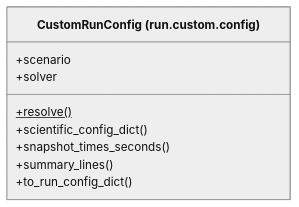
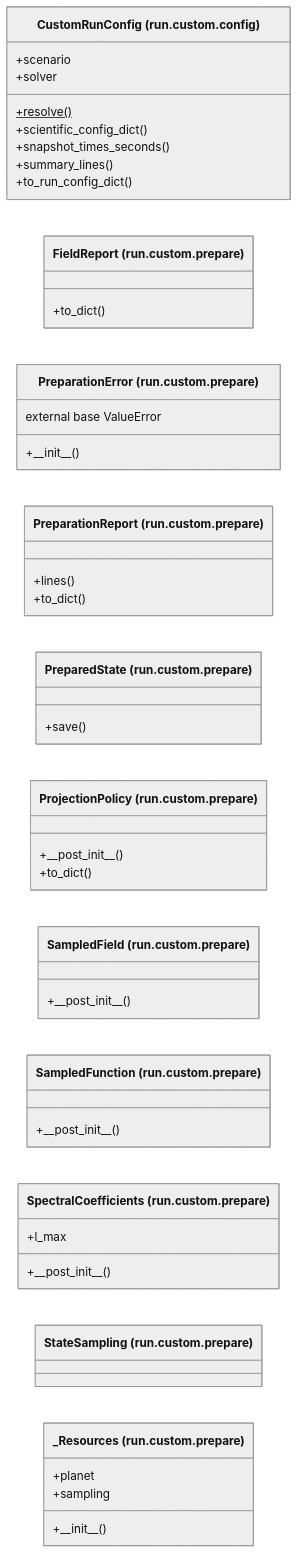
One commit to AlexandreEros/Palintropos changed the diagram in docs/architecture/current/classes/tropoi.run.custom.mmd. Above: the diagram before and after it, drawn with Mermaid (neutral theme). The commit also changed 18 other files, not shown here.

```diff
--- a/docs/architecture/current/classes/tropoi.run.custom.mmd
+++ b/docs/architecture/current/classes/tropoi.run.custom.mmd
@@ -1,12 +1,37 @@
 %% Generated by tools.architecture 1.0.0. Do not edit by hand.
 %% All classes defined in package tropoi.run.custom.
 classDiagram
     direction LR
     class c_tropoi_orun_ocustom_oconfig_oCustomRunConfig["CustomRunConfig (run.custom.config)"]
     c_tropoi_orun_ocustom_oconfig_oCustomRunConfig : +resolve()$
     c_tropoi_orun_ocustom_oconfig_oCustomRunConfig : +scenario
     c_tropoi_orun_ocustom_oconfig_oCustomRunConfig : +scientific#95;config#95;dict()
     c_tropoi_orun_ocustom_oconfig_oCustomRunConfig : +snapshot#95;times#95;seconds()
     c_tropoi_orun_ocustom_oconfig_oCustomRunConfig : +solver
     c_tropoi_orun_ocustom_oconfig_oCustomRunConfig : +summary#95;lines()
     c_tropoi_orun_ocustom_oconfig_oCustomRunConfig : +to#95;run#95;config#95;dict()
+    class c_tropoi_orun_ocustom_oprepare_oFieldReport["FieldReport (run.custom.prepare)"]
+    c_tropoi_orun_ocustom_oprepare_oFieldReport : +to#95;dict()
+    class c_tropoi_orun_ocustom_oprepare_oPreparationError["PreparationError (run.custom.prepare)"]
+    c_tropoi_orun_ocustom_oprepare_oPreparationError : +#95;#95;init#95;#95;()
+    c_tropoi_orun_ocustom_oprepare_oPreparationError : external base ValueError
+    class c_tropoi_orun_ocustom_oprepare_oPreparationReport["PreparationReport (run.custom.prepare)"]
+    c_tropoi_orun_ocustom_oprepare_oPreparationReport : +lines()
+    c_tropoi_orun_ocustom_oprepare_oPreparationReport : +to#95;dict()
+    class c_tropoi_orun_ocustom_oprepare_oPreparedState["PreparedState (run.custom.prepare)"]
+    c_tropoi_orun_ocustom_oprepare_oPreparedState : +save()
+    class c_tropoi_orun_ocustom_oprepare_oProjectionPolicy["ProjectionPolicy (run.custom.prepare)"]
+    c_tropoi_orun_ocustom_oprepare_oProjectionPolicy : +#95;#95;post#95;init#95;#95;()
+    c_tropoi_orun_ocustom_oprepare_oProjectionPolicy : +to#95;dict()
+    class c_tropoi_orun_ocustom_oprepare_oSampledField["SampledField (run.custom.prepare)"]
+    c_tropoi_orun_ocustom_oprepare_oSampledField : +#95;#95;post#95;init#95;#95;()
+    class c_tropoi_orun_ocustom_oprepare_oSampledFunction["SampledFunction (run.custom.prepare)"]
+    c_tropoi_orun_ocustom_oprepare_oSampledFunction : +#95;#95;post#95;init#95;#95;()
+    class c_tropoi_orun_ocustom_oprepare_oSpectralCoefficients["SpectralCoefficients (run.custom.prepare)"]
+    c_tropoi_orun_ocustom_oprepare_oSpectralCoefficients : +#95;#95;post#95;init#95;#95;()
+    c_tropoi_orun_ocustom_oprepare_oSpectralCoefficients : +l#95;max
+    class c_tropoi_orun_ocustom_oprepare_oStateSampling["StateSampling (run.custom.prepare)"]
+    class c_tropoi_orun_ocustom_oprepare_o__Resources["_Resources (run.custom.prepare)"]
+    c_tropoi_orun_ocustom_oprepare_o__Resources : +#95;#95;init#95;#95;()
+    c_tropoi_orun_ocustom_oprepare_o__Resources : +planet
+    c_tropoi_orun_ocustom_oprepare_o__Resources : +sampling
```
